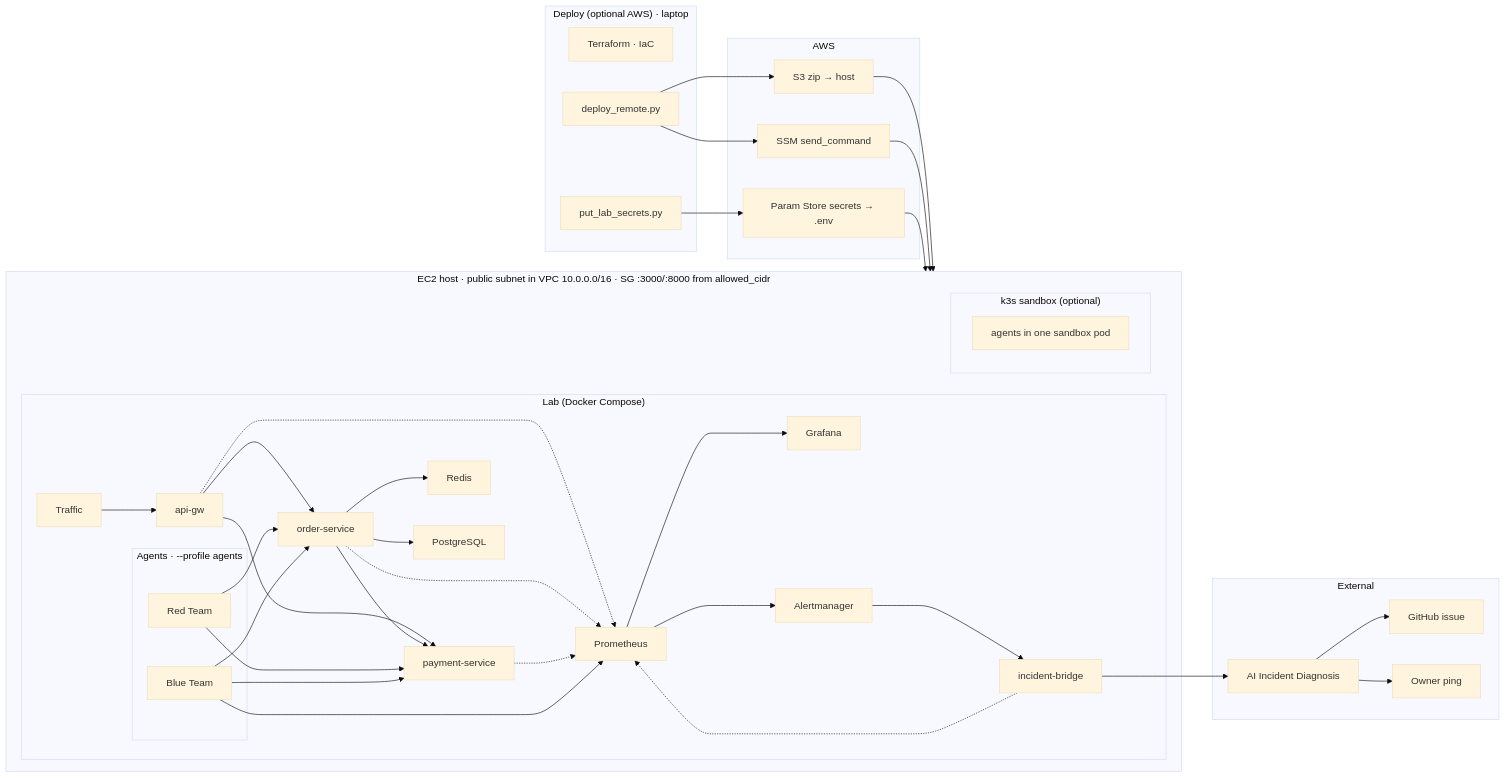
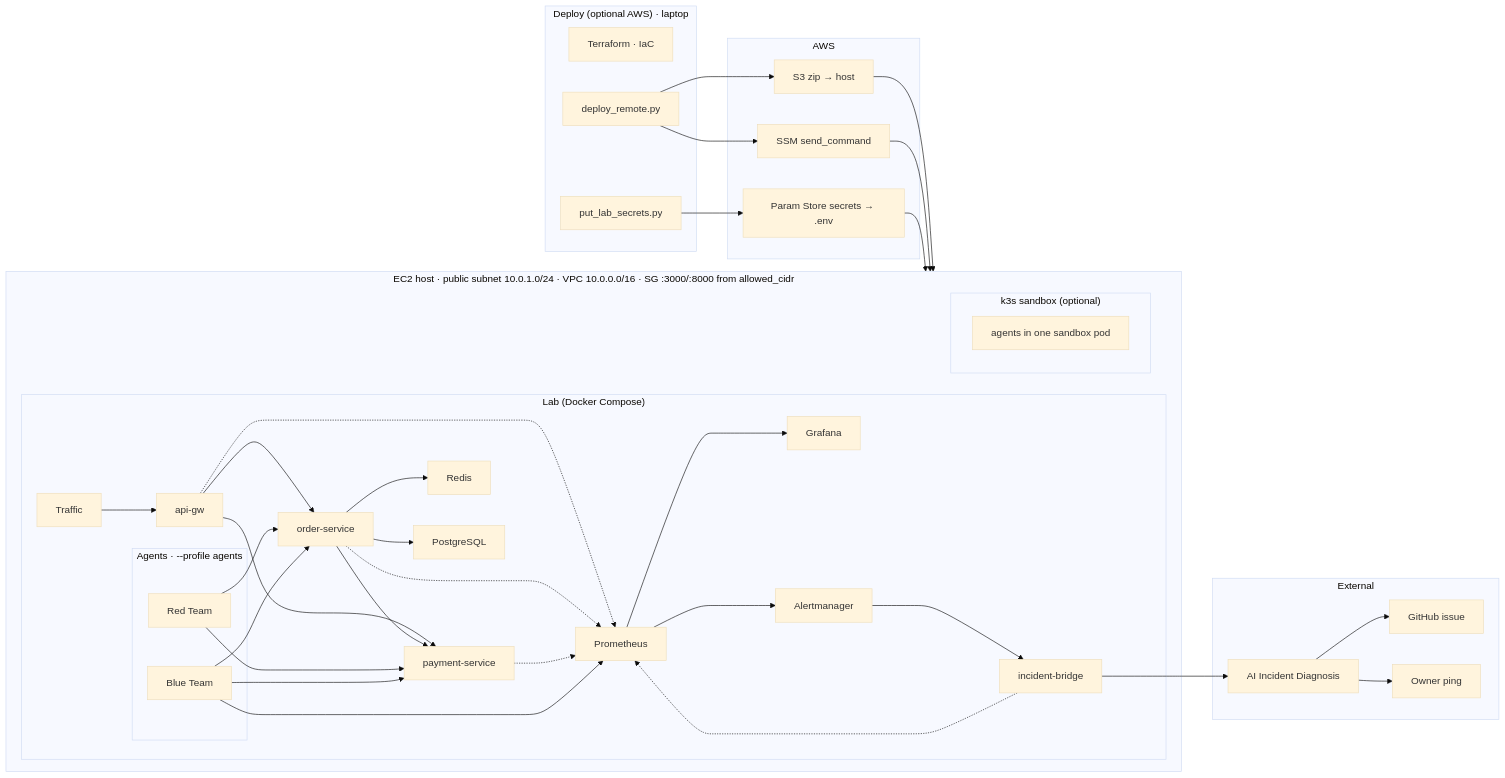
One commit to ritvikindupuri/ResilienceOps changed the diagram in docs/architecture.mmd. Above: the diagram before and after it, drawn with Mermaid. The commit also changed 5 other files, not shown here.

First line of the commit message:
Give each architecture relationship its own route.

```diff
--- a/docs/architecture.mmd
+++ b/docs/architecture.mmd
@@ -1,69 +1,69 @@
 %%{init: { "theme": "base", "flowchart": { "curve": "basis" } }}%%
 flowchart LR
   TF["Terraform · IaC"]
   DEPLOY["deploy_remote.py"]
   SECRETS["put_lab_secrets.py"]
   subgraph laptop ["Deploy (optional AWS) · laptop"]
     TF
     SECRETS
     DEPLOY
   end
   subgraph aws ["AWS"]
     S3["S3 zip → host"]
     PARAM["Param Store secrets → .env"]
     SSM["SSM send_command"]
   end
-  subgraph host ["EC2 host · public subnet in VPC 10.0.0.0/16 · SG :3000/:8000 from allowed_cidr"]
+  subgraph host ["EC2 host · public subnet 10.0.1.0/24 · VPC 10.0.0.0/16 · SG :3000/:8000 from allowed_cidr"]
     subgraph compose ["Lab (Docker Compose)"]
       subgraph agents ["Agents · --profile agents"]
         RED[Red Team]
         BLUE[Blue Team]
       end
       TG[Traffic]
       GW[api-gw]
       OS[order-service]
       PS[payment-service]
       RD[Redis]
       PG[PostgreSQL]
       PROM[Prometheus]
       GRAF[Grafana]
       AM[Alertmanager]
       BR["incident-bridge"]
       TG --> GW
       GW --> OS
       GW --> PS
       OS --> PS
       OS --> RD
       OS --> PG
       GW -.-> PROM
       OS -.-> PROM
       PS -.-> PROM
       PROM --> GRAF
       PROM --> AM
       AM --> BR
       BR -.-> PROM
     end
     subgraph k3sopt ["k3s sandbox (optional)"]
       K3S["agents in one sandbox pod"]
     end
   end
   subgraph ext ["External"]
     BOT["AI Incident Diagnosis"]
     GH["GitHub issue"]
     PING["Owner ping"]
     BOT --> GH
     BOT --> PING
   end
 
   DEPLOY --> S3
   DEPLOY --> SSM
   SECRETS --> PARAM
   S3 --> host
   SSM --> host
   PARAM --> host
   RED --> OS
   RED --> PS
   BLUE --> OS
   BLUE --> PS
   BLUE --> PROM
   BR --> BOT
```
